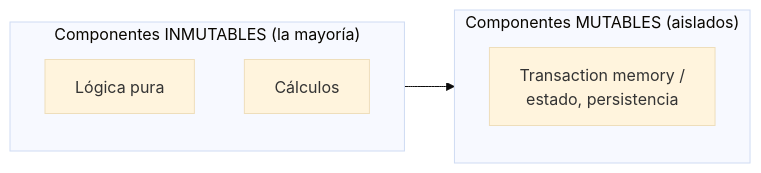
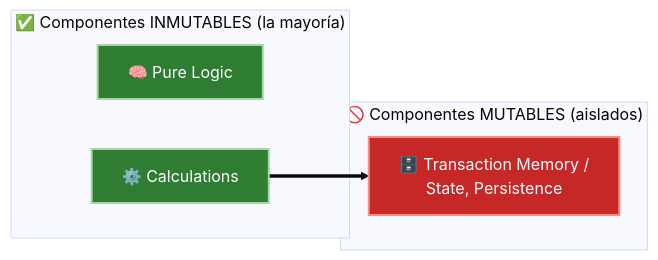
The second of 3 diagrams in 02-paradigmas-de-programacion/03-programacion-funcional.md (JavierMachucaA/clean-architecture-guia), drawn with Mermaid (base theme) before and after one commit. The commit also changed other lines of this file and 45 other files, not shown here.

````diff
--- a/02-paradigmas-de-programacion/03-programacion-funcional.md
+++ b/02-paradigmas-de-programacion/03-programacion-funcional.md
@@ -34,11 +41,15 @@
 ```mermaid
 flowchart LR
-    subgraph Inmutable["Componentes INMUTABLES (la mayoría)"]
-        C1["Lógica pura"]
-        C2["Cálculos"]
+    subgraph Inmutable["✅ Componentes INMUTABLES (la mayoría)"]
+        C1["🧠 Pure Logic"]
+        C2["⚙️ Calculations"]
     end
-    subgraph Mutable["Componentes MUTABLES (aislados)"]
-        T["Transaction memory /<br/>estado, persistencia"]
+    subgraph Mutable["🚫 Componentes MUTABLES (aislados)"]
+        T["🗄️ Transaction Memory /<br/>State, Persistence"]
     end
-    Inmutable --> Mutable
+    C2 ==> T
+
+    style C1 fill:#2e7d32,stroke:#a5d6a7,color:#fff,stroke-width:2px
+    style C2 fill:#2e7d32,stroke:#a5d6a7,color:#fff,stroke-width:2px
+    style T fill:#c62828,stroke:#ff8a80,color:#fff,stroke-width:2px
 ```
````
